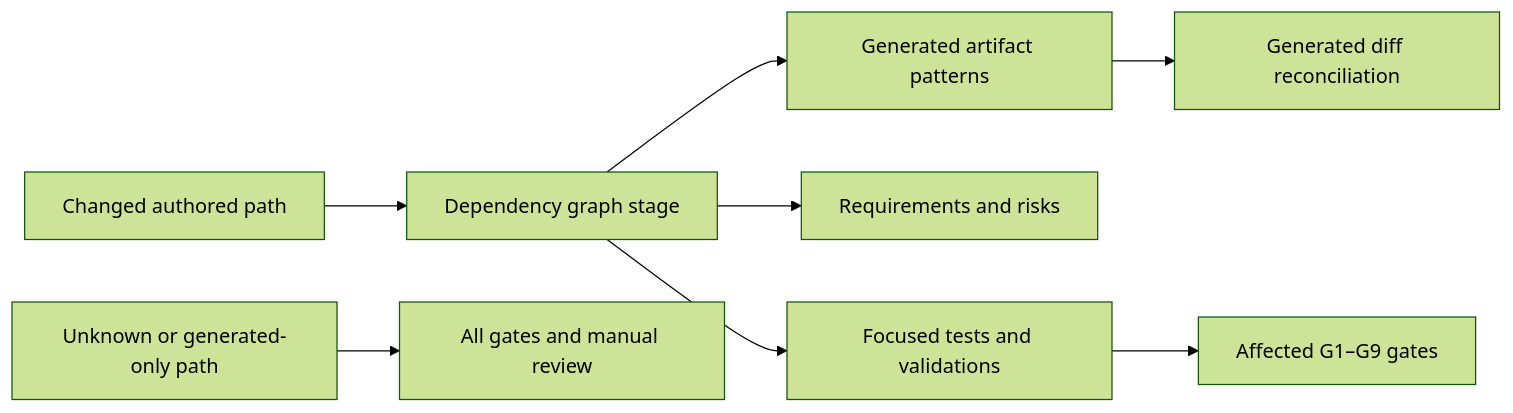
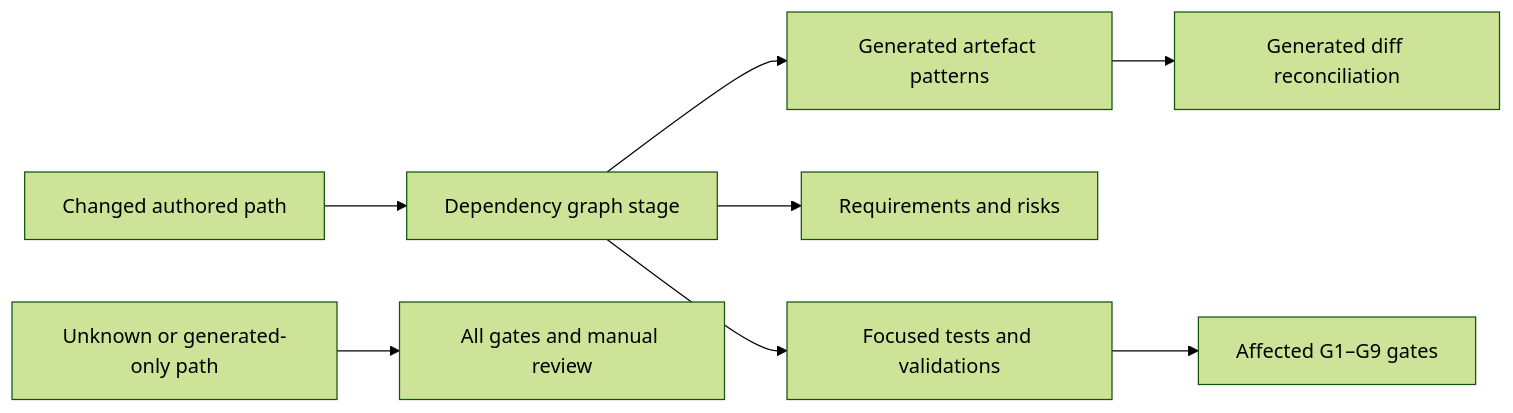
One commit to chris-page-gov/okf-LandRegistry changed the third of 3 diagrams in docs/architecture.md. Above: the diagram before and after it, drawn with Mermaid (forest theme). The commit also changed other lines of this file and 883 other files, not shown here.

````diff
--- a/docs/architecture.md
+++ b/docs/architecture.md
@@ -85,10 +270,10 @@
 ```mermaid
 flowchart LR
     A["Changed authored path"] --> B["Dependency graph stage"]
-    B --> C["Generated artifact patterns"]
+    B --> C["Generated artefact patterns"]
     B --> D["Requirements and risks"]
     B --> E["Focused tests and validations"]
     E --> F["Affected G1–G9 gates"]
     C --> G["Generated diff reconciliation"]
     H["Unknown or generated-only path"] --> I["All gates and manual review"]
 ```
````
